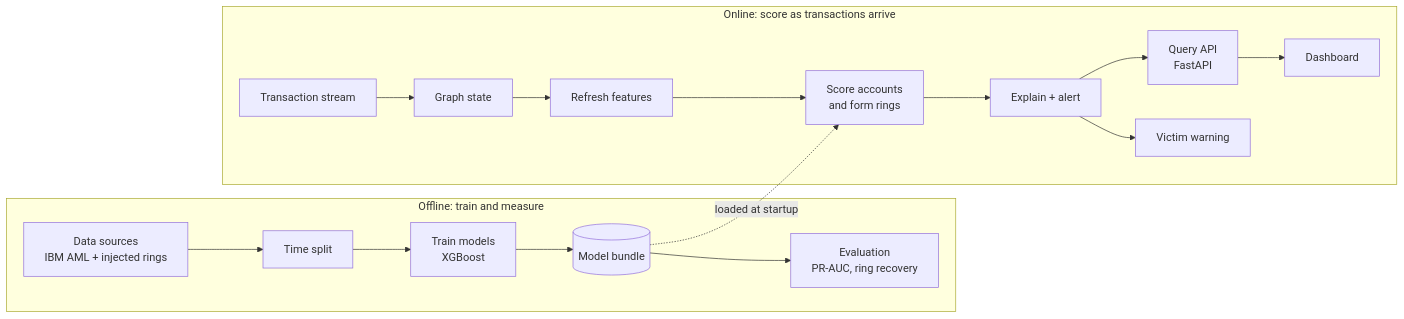
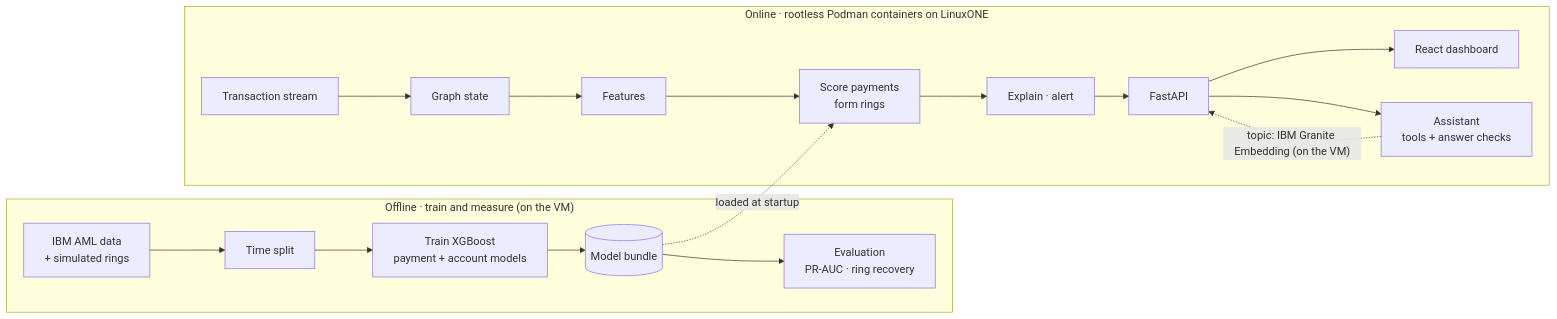
One commit to Edith-Stark06/Nexus-Z changed the diagram in README.md. Above: the diagram before and after it, drawn with Mermaid. The commit also changed other lines of this file and 3 other files, not shown here.

Commit message:
README: modern layout with screenshots, honest results, LinuxONE and assistant sections

````diff
--- a/README.md
+++ b/README.md
@@ -63,13 +78,14 @@
 ```mermaid
 flowchart LR
-  subgraph OFFLINE["Offline: train and measure"]
-    A[Data sources<br/>IBM AML + injected rings] --> B[Time split] --> C[Train models<br/>XGBoost] --> D[(Model bundle)]
-    D --> E[Evaluation<br/>PR-AUC, ring recovery]
+  subgraph OFFLINE["Offline · train and measure (on the VM)"]
+    A["IBM AML data<br/>+ simulated rings"] --> B["Time split"] --> C["Train XGBoost<br/>payment + account models"] --> D[("Model bundle")]
+    D --> E["Evaluation<br/>PR-AUC · ring recovery"]
   end
-  subgraph ONLINE["Online: score as transactions arrive"]
-    F[Transaction stream] --> G[Graph state] --> H[Refresh features] --> I[Score accounts<br/>and form rings] --> J[Explain + alert]
-    J --> K[Query API<br/>FastAPI] --> L[Dashboard]
-    J --> M[Victim warning]
+  subgraph ONLINE["Online · rootless Podman containers on LinuxONE"]
+    F["Transaction stream"] --> G["Graph state"] --> H["Features"] --> I["Score payments<br/>form rings"] --> J["Explain · alert"]
+    J --> K["FastAPI"] --> L["React dashboard"]
+    K --> N["Assistant<br/>tools + answer checks"]
   end
-  D -. loaded at startup .-> I
+  D -. "loaded at startup" .-> I
+  N -. "topic: IBM Granite Embedding (on the VM)" .-> K
 ```
````
